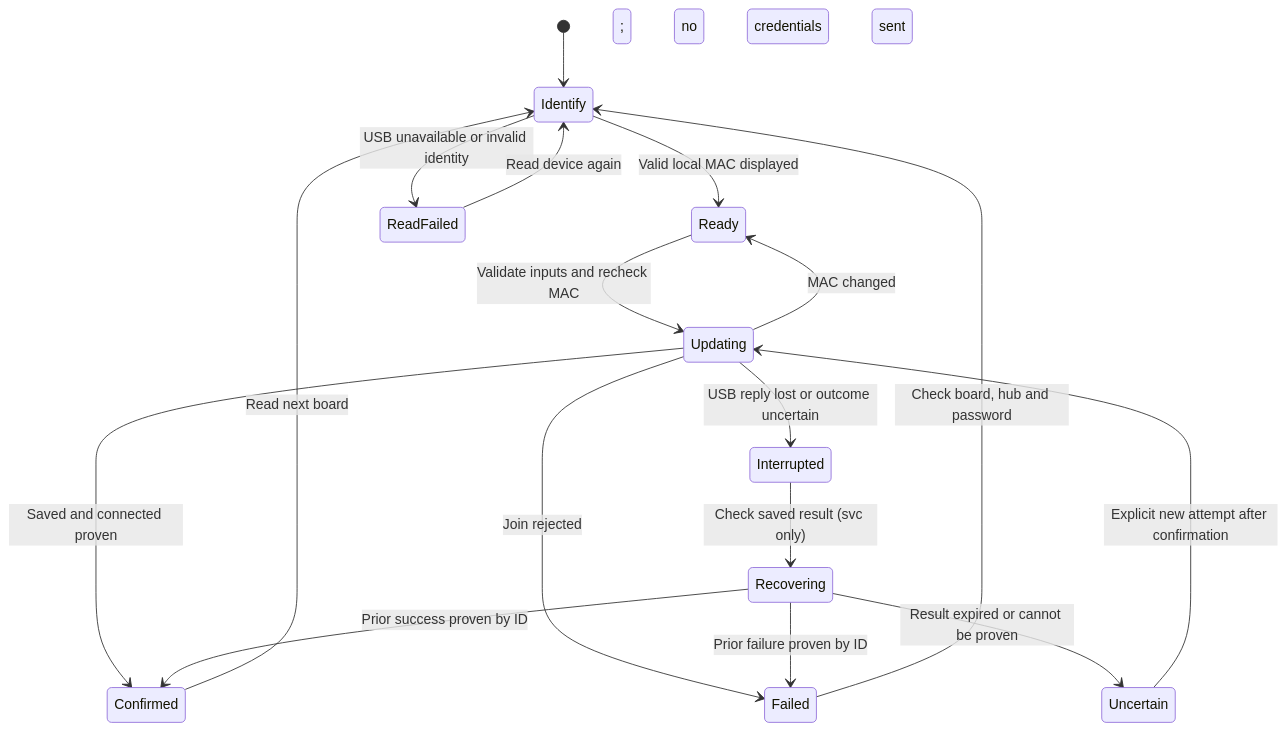
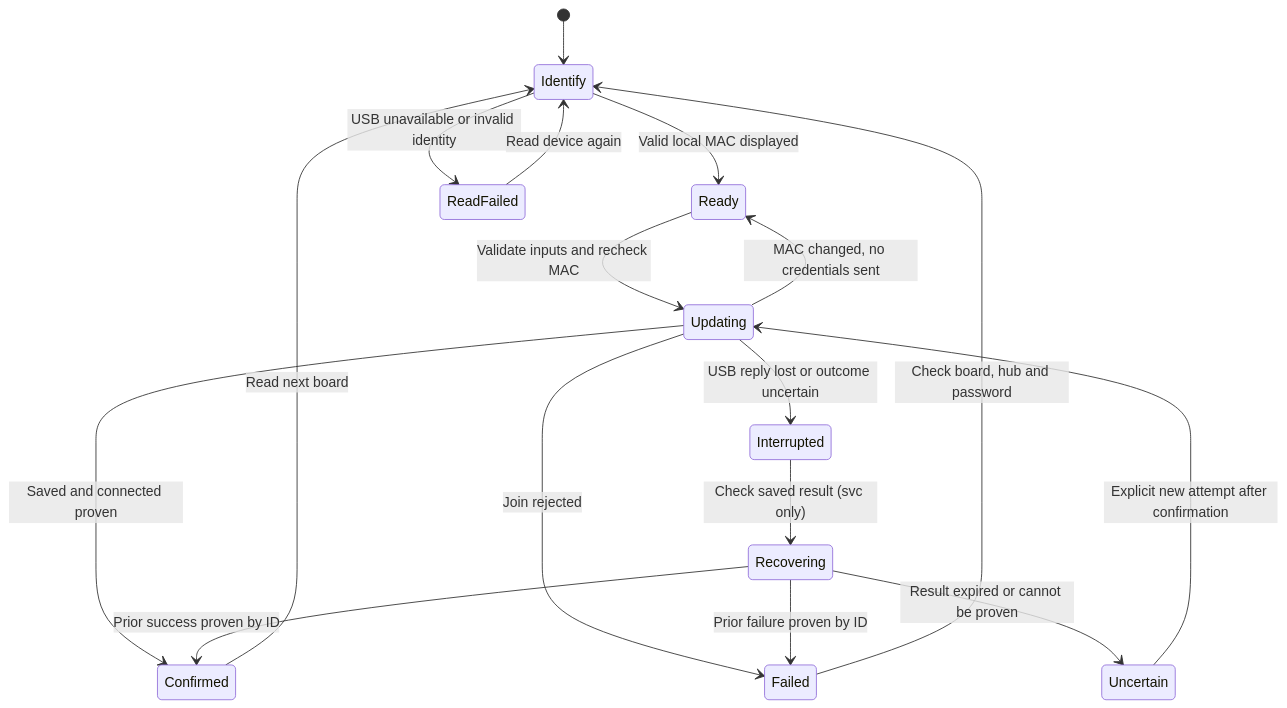
The second of 2 diagrams in docs/usb-wifi-settings.md (Jan-IngenHousz-Institute/ambyte-iot), drawn with Mermaid before and after one commit. The commit also changed other lines of this file and 8 other files, not shown here.

````diff
--- a/docs/usb-wifi-settings.md
+++ b/docs/usb-wifi-settings.md
@@ -76,19 +80,19 @@
 ```mermaid
 stateDiagram-v2
     [*] --> Identify
     Identify --> Ready: Valid local MAC displayed
     Identify --> ReadFailed: USB unavailable or invalid identity
     ReadFailed --> Identify: Read device again
     Ready --> Updating: Validate inputs and recheck MAC
-    Updating --> Ready: MAC changed; no credentials sent
+    Updating --> Ready: MAC changed, no credentials sent
     Updating --> Confirmed: Saved and connected proven
     Updating --> Failed: Join rejected
     Updating --> Interrupted: USB reply lost or outcome uncertain
     Interrupted --> Recovering: Check saved result (svc only)
     Recovering --> Confirmed: Prior success proven by ID
     Recovering --> Failed: Prior failure proven by ID
     Recovering --> Uncertain: Result expired or cannot be proven
     Uncertain --> Updating: Explicit new attempt after confirmation
     Failed --> Identify: Check board, hub and password
     Confirmed --> Identify: Read next board
 ```
````
